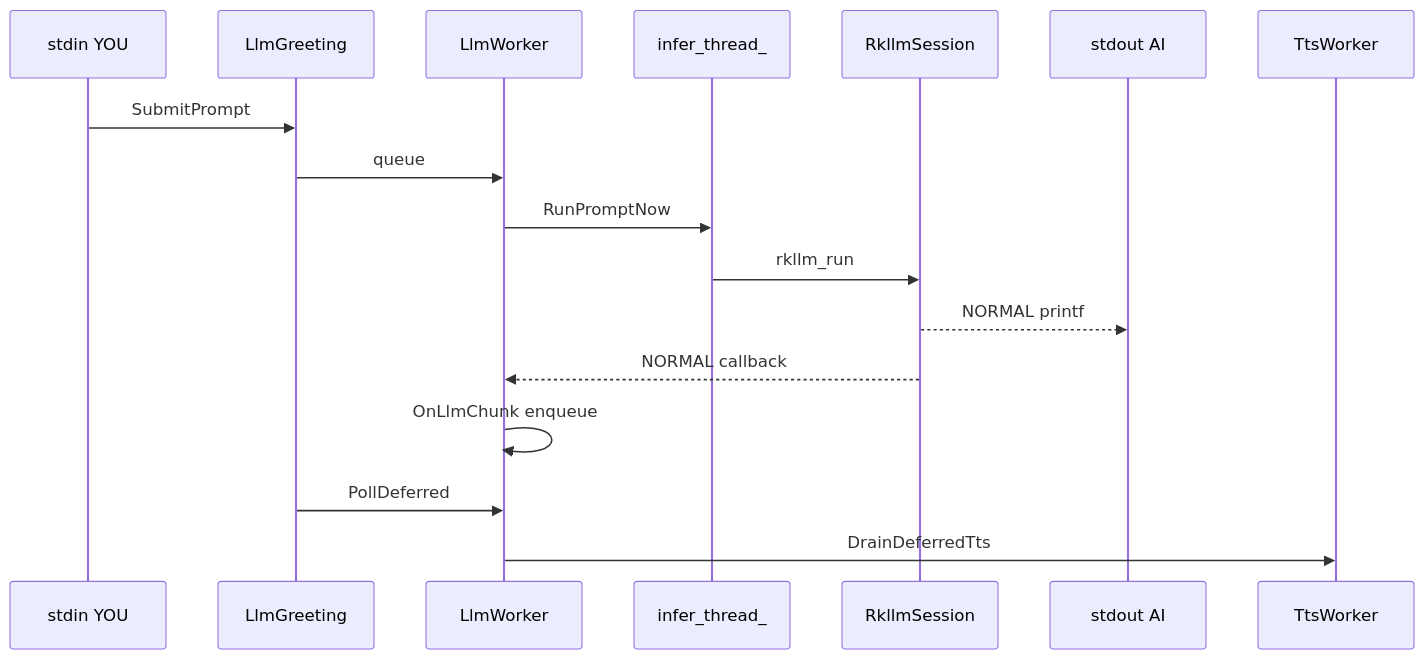
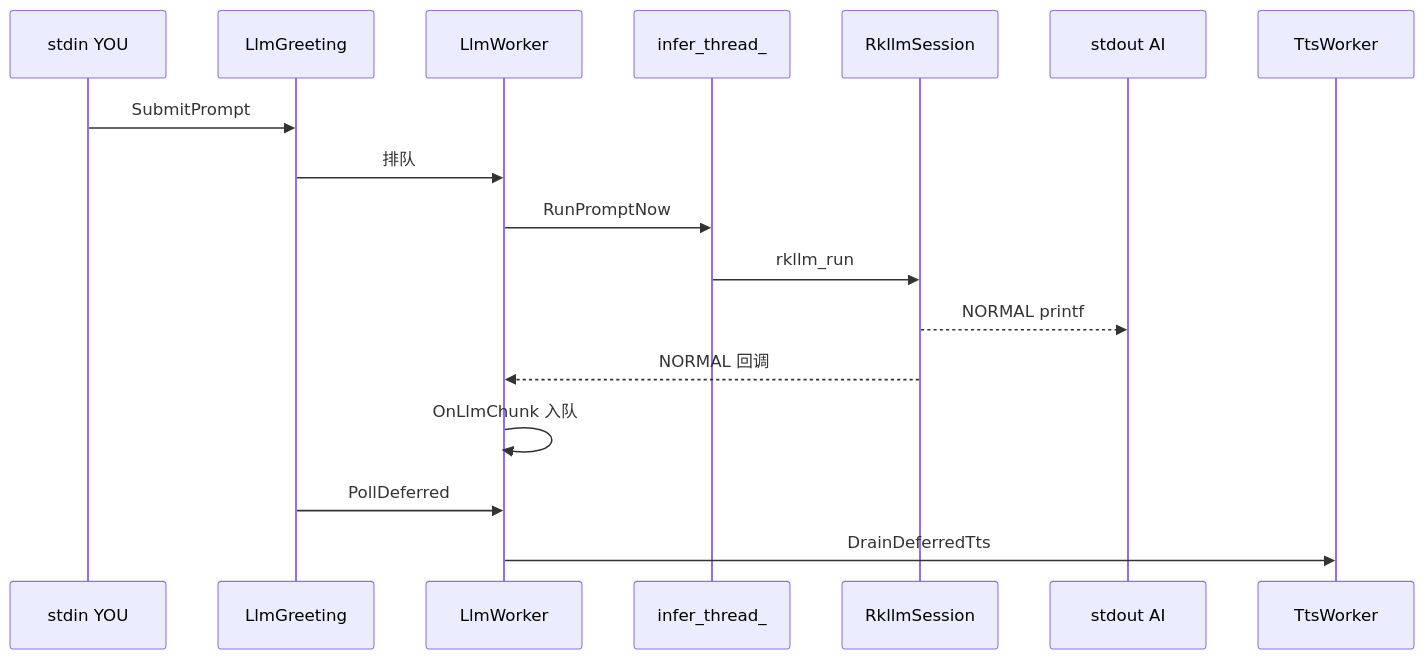
The second of 3 diagrams in docs/llm-model-coordinator.md (kyshipit/eai-rk3588), drawn with Mermaid before and after one commit. The commit also changed other lines of this file and 19 other files, not shown here.

````diff
--- a/docs/llm-model-coordinator.md
+++ b/docs/llm-model-coordinator.md
@@ -62,20 +62,20 @@
 ```mermaid
 sequenceDiagram
     participant YOU as stdin YOU
     participant Greet as LlmGreeting
     participant Worker as LlmWorker
     participant Infer as infer_thread_
     participant RK as RkllmSession
     participant AI as stdout AI
     participant TTS as TtsWorker
 
     YOU->>Greet: SubmitPrompt
-    Greet->>Worker: queue
+    Greet->>Worker: 排队
     Worker->>Infer: RunPromptNow
     Infer->>RK: rkllm_run
     RK-->>AI: NORMAL printf
-    RK-->>Worker: NORMAL callback
-    Worker->>Worker: OnLlmChunk enqueue
+    RK-->>Worker: NORMAL 回调
+    Worker->>Worker: OnLlmChunk 入队
     Greet->>Worker: PollDeferred
     Worker->>TTS: DrainDeferredTts
 ```
````
